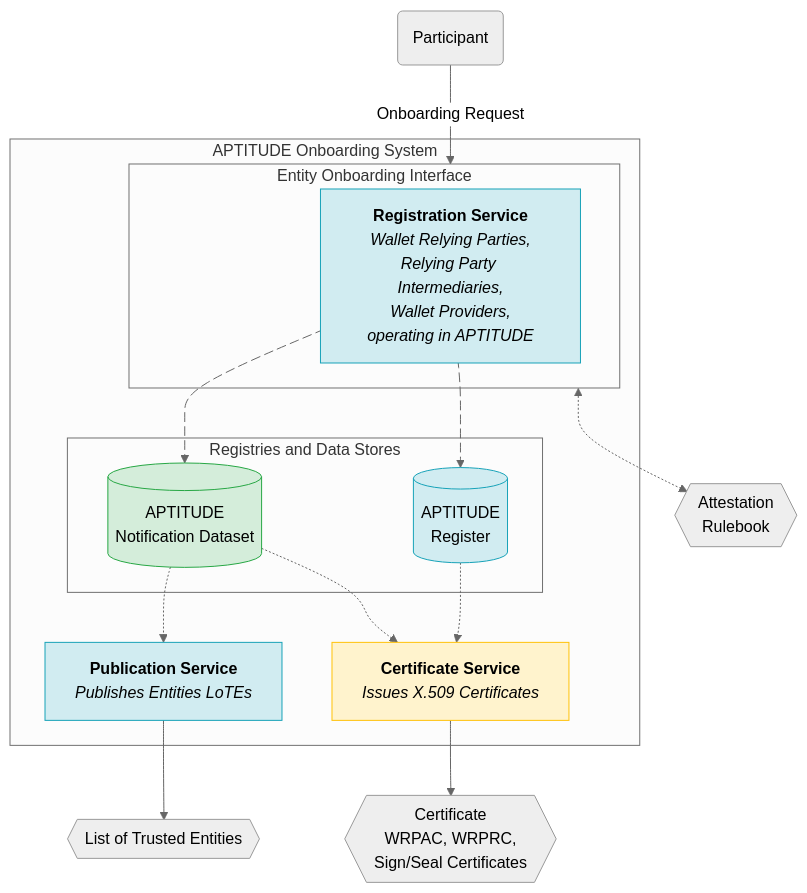
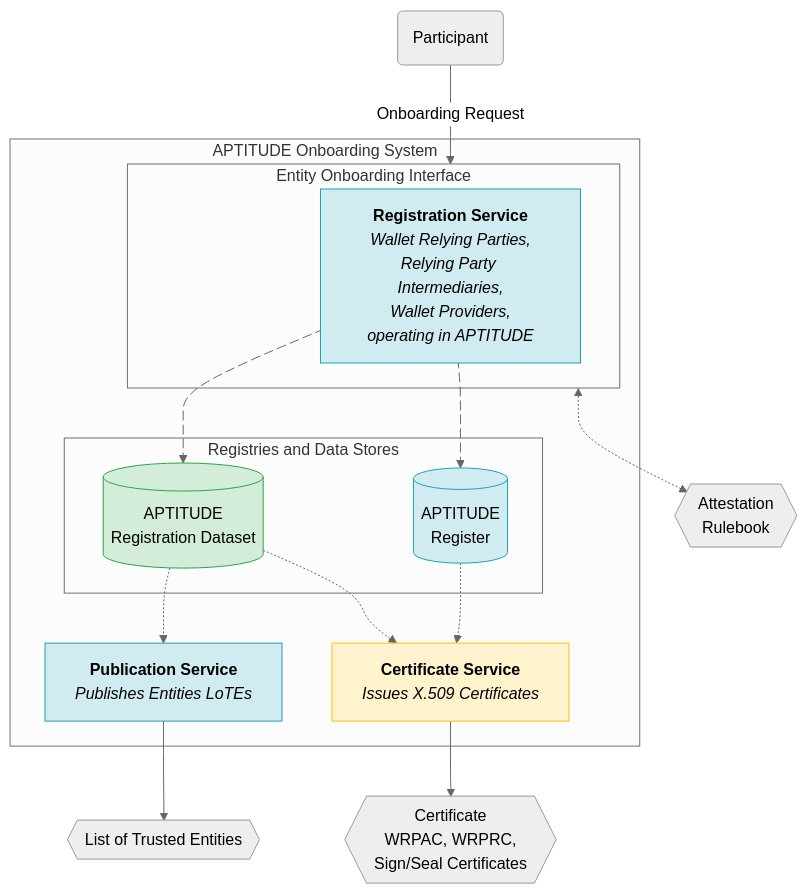
The first of 2 diagrams in docs/profiles.md (APTITUDE-Consortium/wp2-trust-specifications), drawn with Mermaid (neutral theme) before and after one commit. The commit also changed other lines of this file, not shown here.

````diff
--- a/docs/profiles.md
+++ b/docs/profiles.md
@@ -135,51 +137,51 @@
 ```mermaid
 flowchart TD
     subgraph System ["APTITUDE Onboarding System"]
 
         subgraph EO ["Entity Onboarding Interface"]
             RegSrv["<b>Registration Service</b><br/><i>Wallet Relying Parties,<br/>Relying Party Intermediaries,<br/>Wallet Providers,<br/>operating in APTITUDE</i>"]:::blue
         end
 
         PubSrv["<b>Publication Service</b><br/><i>Publishes Entities LoTEs</i>"]:::blue
 
         subgraph RDS ["Registries and Data Stores"]
-            END[(APTITUDE<br/>Notification Dataset)]:::green
+            END[(APTITUDE<br/>Registration Dataset)]:::green
             ER[(APTITUDE<br/>Register)]:::blue
         end
 
         CertM["<b>Certificate Service</b><br/><i>Issues X.509 Certificates</i>"]:::orange
 
     end
 
     %% External Entities
     AR{{"Attestation<br/>Rulebook"}}
     LoTE{{"List of Trusted Entities"}}
     E("Participant")
     Cert{{"Certificate<br/>WRPAC, WRPRC,<br/>Sign/Seal Certificates"}}
 
    
 
     %% Entity Onboarding Connections (Animated Arrows)
     RegSrv e1@--> END
     RegSrv e2@--> ER
     e1@{ animate: true }
     e2@{ animate: true }
 
     %% Participant positioned to the right (arrow points into EO)
     E --"Onboarding Request"--> EO 
 
-    %% Notification & Data Store Connections
+    %% Registration & Data Store Connections
     END -.-> PubSrv
     END -.-> CertM
     ER -.-> CertM
     PubSrv --> LoTE
     CertM --> Cert
 
     %% External Rulebook Dependency
     EO <-.-> AR
 
     %% Color Styling
     classDef green fill:#d4edda,stroke:#28a745,color:#000;
     classDef blue fill:#d1ecf1,stroke:#17a2b8,color:#000;
     classDef orange fill:#fff3cd,stroke:#ffc107,color:#000;
 ```
````
